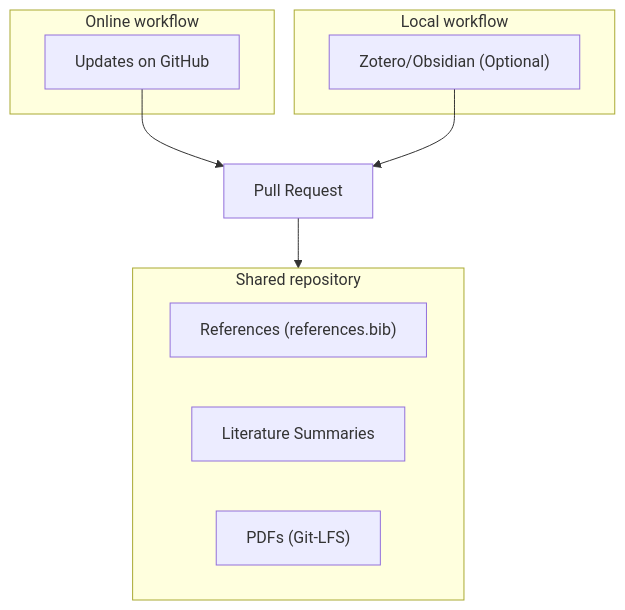
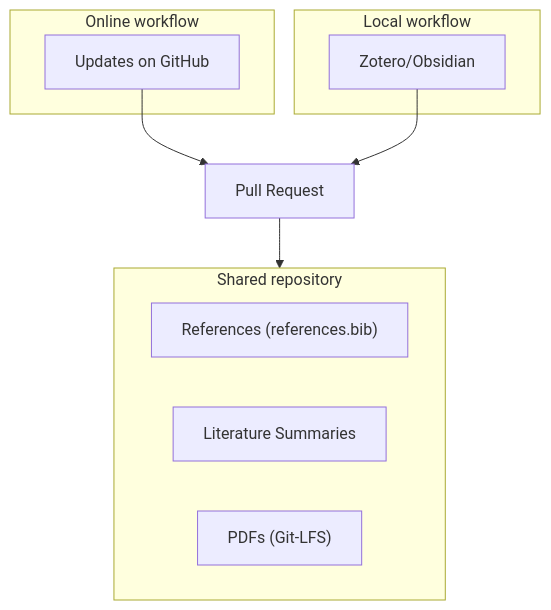
The diagram in docs/20-research/22-literature.md (digital-work-lab/handbook), drawn with Mermaid before and after one commit. The commit also changed other lines of this file, not shown here.

````diff
--- a/docs/20-research/22-literature.md
+++ b/docs/20-research/22-literature.md
@@ -11,23 +11,23 @@
 ```mermaid
 graph TD
     subgraph SharedRepository["Shared repository"]
         direction LR
         A["References (references.bib)"]
         B[Literature Summaries]
         C["PDFs (Git-LFS)"]
     end
 
     subgraph Local workflow
-        D["Zotero/Obsidian (Optional)"]
+        D["Zotero/Obsidian"]
     end
 
     subgraph Online workflow
         J["Updates on GitHub"]
     end
 
     J --> E
     E[Pull Request]
     D --> E
     E --> SharedRepository
 
 ```
````
